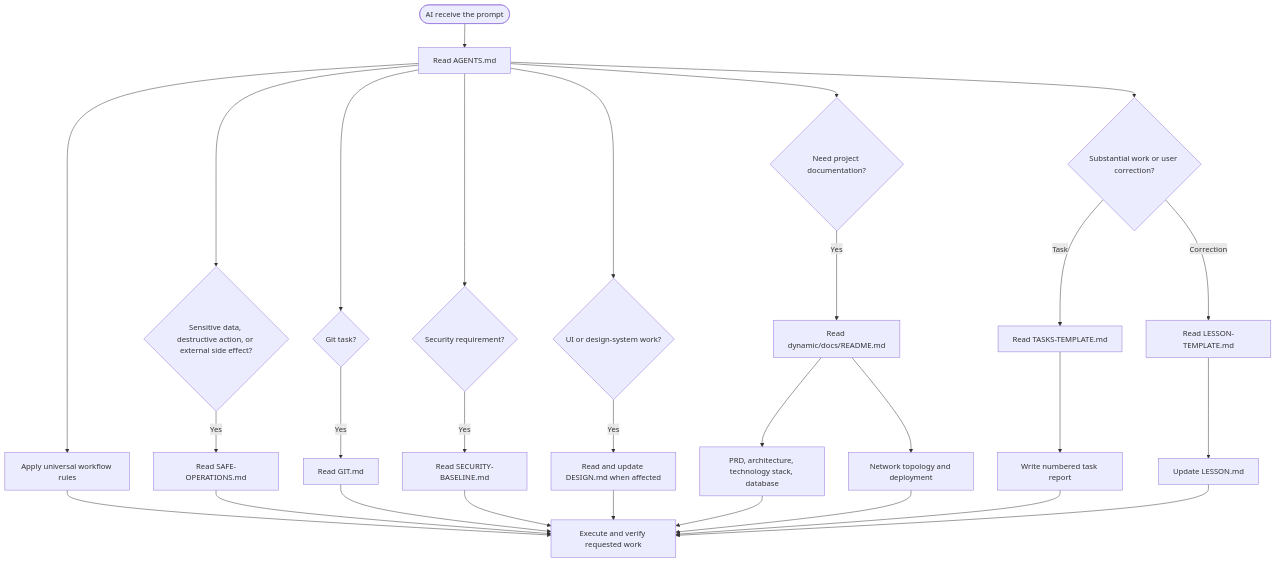
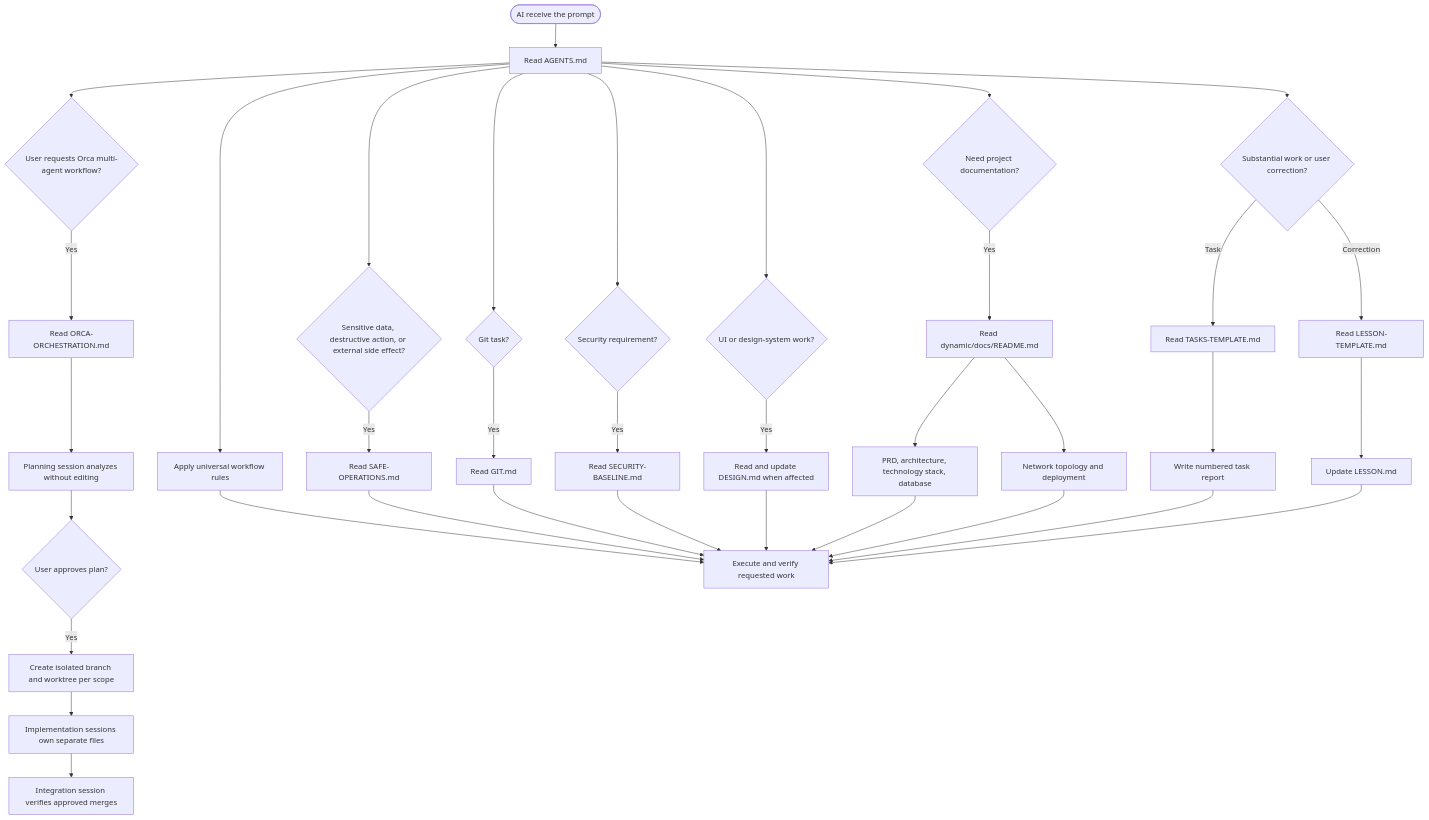
One commit to manry-hub/agent-foundry changed the diagram in README.md. Above: the diagram before and after it, drawn with Mermaid. The commit also changed other lines of this file and 2 other files, not shown here.

Commit message:
feat: Add Orca multi-session orchestration workflow
Define guidelines for running multi-agent tasks in Orca using branch
and file ownership with isolated git worktrees. This prevents
parallel sessions from conflicting and ensures changes pass through
a dedicated planning gate and integration branch.

````diff
--- a/README.md
+++ b/README.md
@@ -7,38 +7,46 @@
 ```mermaid
 flowchart TD
   task([AI receive the prompt]) --> agents[Read AGENTS.md]
   agents --> universal[Apply universal workflow rules]
+
+  agents --> orca{User requests Orca multi-agent workflow?}
+  orca -->|Yes| orcaRules[Read ORCA-ORCHESTRATION.md]
+  orcaRules --> planner[Planning session analyzes without editing]
+  planner --> approval{User approves plan?}
+  approval -->|Yes| isolation[Create isolated branch and worktree per scope]
+  isolation --> implementers[Implementation sessions own separate files]
+  implementers --> integration[Integration session verifies approved merges]
 
   agents --> safety{Sensitive data, destructive action, or external side effect?}
   safety -->|Yes| safe[Read SAFE-OPERATIONS.md]
 
   agents --> git{Git task?}
   git -->|Yes| gitRules[Read GIT.md]
 
   agents --> security{Security requirement?}
   security -->|Yes| securityBaseline[Read SECURITY-BASELINE.md]
 
   agents --> ui{UI or design-system work?}
   ui -->|Yes| design[Read and update DESIGN.md when affected]
 
   agents --> context{Need project documentation?}
   context -->|Yes| docsIndex[Read dynamic/docs/README.md]
   docsIndex --> product[PRD, architecture, technology stack, database]
   docsIndex --> production[Network topology and deployment]
 
   agents --> record{Substantial work or user correction?}
   record -->|Task| taskTemplate[Read TASKS-TEMPLATE.md]
   record -->|Correction| lessonTemplate[Read LESSON-TEMPLATE.md]
   taskTemplate --> taskReport[Write numbered task report]
   lessonTemplate --> lessonReport[Update LESSON.md]
 
   universal --> execute[Execute and verify requested work]
   safe --> execute
   gitRules --> execute
   securityBaseline --> execute
   design --> execute
   product --> execute
   production --> execute
   taskReport --> execute
   lessonReport --> execute
 ```
````
